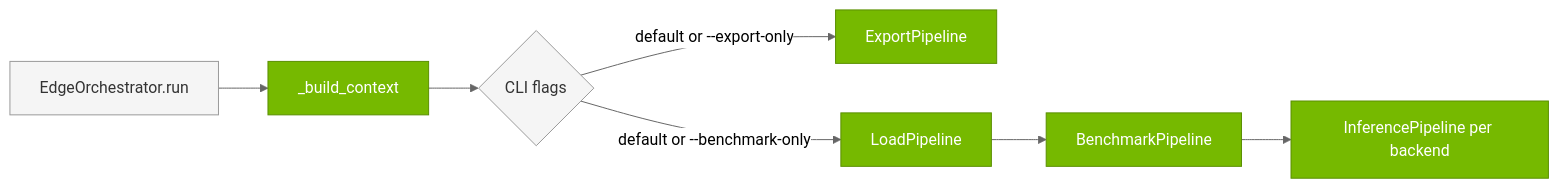
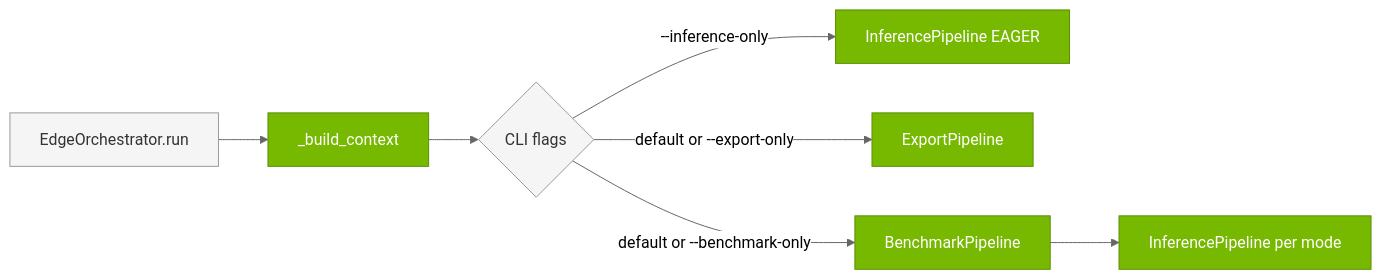
Before and after one commit to micwill755/TRT-VLA-Lowering: the second of 2 diagrams in docs/source/developer_guide/architecture/overview.rst, drawn with Mermaid. The commit also changed other lines of this file and 98 other files, not shown here.

```diff
--- a/docs/source/developer_guide/architecture/overview.rst
+++ b/docs/source/developer_guide/architecture/overview.rst
@@ -46,18 +44,18 @@
 .. mermaid::
 
    %%{init: {'theme':'neutral', 'themeVariables': {'primaryColor':'#76B900','primaryTextColor':'#fff','primaryBorderColor':'#5a8f00','lineColor':'#666','edgeLabelBackground':'#ffffff','labelTextColor':'#000','clusterBkg':'#ffffff','clusterBorder':'#999'}}}%%
    graph LR
        START[EdgeOrchestrator.run] --> CTX_BUILD[_build_context]
        CTX_BUILD --> MODE{CLI flags}
+       MODE -->|--inference-only| INF[InferencePipeline EAGER]
        MODE -->|default or --export-only| EXPORT[ExportPipeline]
-       MODE -->|default or --benchmark-only| LOAD[LoadPipeline]
-       LOAD --> BENCH[BenchmarkPipeline]
-       BENCH --> INFER[InferencePipeline per backend]
+       MODE -->|default or --benchmark-only| BENCH[BenchmarkPipeline]
+       BENCH --> INF2[InferencePipeline per mode]
 
        classDef nvNode fill:#76B900,stroke:#5a8f00,stroke-width:1px,color:#fff
        classDef greyNode fill:#f5f5f5,stroke:#999,stroke-width:1px,color:#333
        classDef inputNode fill:#f5f5f5,stroke:#999,stroke-width:1px,color:#333
 
        class START inputNode
-       class CTX_BUILD,EXPORT,LOAD,BENCH,INFER nvNode
+       class CTX_BUILD,EXPORT,BENCH,INF,INF2 nvNode
        class MODE greyNode
```
